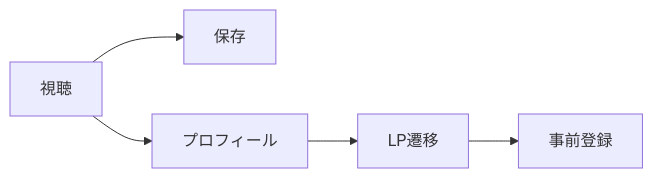
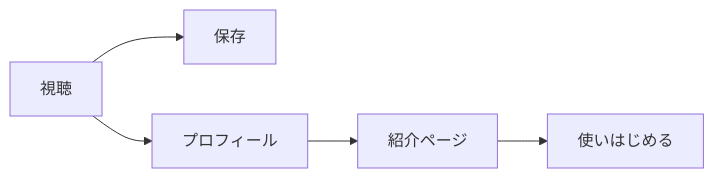
The diagram in docs/sns.md (yjn279/saborine), drawn with Mermaid before and after one commit. The commit also changed other lines of this file and 1 other file, not shown here.

````diff
--- a/docs/sns.md
+++ b/docs/sns.md
@@ -114,7 +114,7 @@
 ```mermaid
 flowchart LR
   view[視聴] --> save[保存]
   view --> profile[プロフィール]
-  profile --> lpClick[LP遷移]
-  lpClick --> preRegister[事前登録]
+  profile --> welcome[紹介ページ]
+  welcome --> start[使いはじめる]
 ```
````
